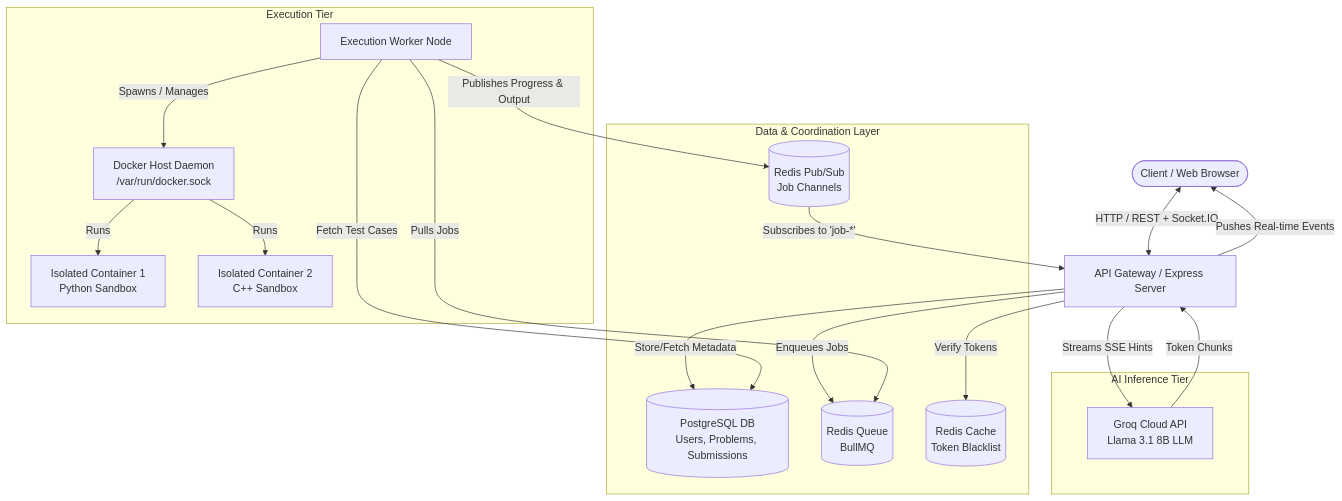
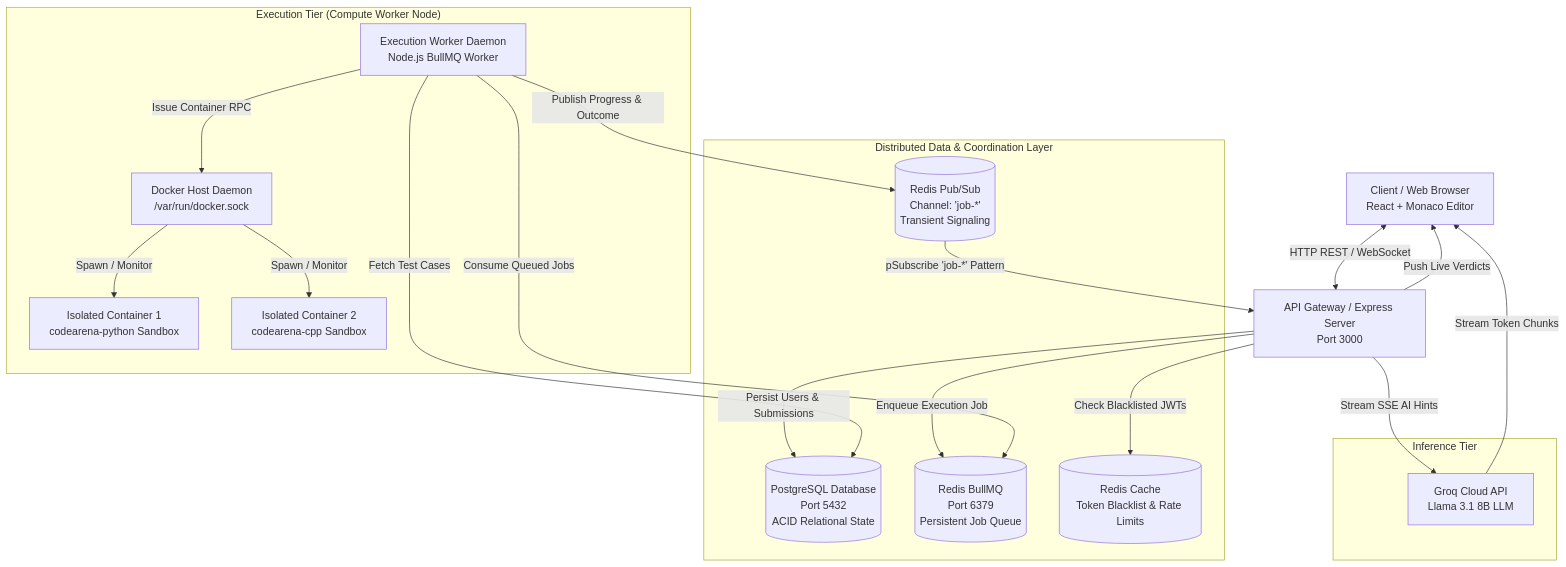
One commit to tanishqtajne25/CodeArena changed the diagram in CODEARENA_DISTRIBUTED_SYSTEMS_GUIDE.md. Above: the diagram before and after it, drawn with Mermaid. The commit also changed other lines of this file, not shown here.

````diff
--- a/CODEARENA_DISTRIBUTED_SYSTEMS_GUIDE.md
+++ b/CODEARENA_DISTRIBUTED_SYSTEMS_GUIDE.md
@@ -36,36 +51,36 @@
 ```mermaid
 graph TD
-    User([Client / Web Browser]) <-->|HTTP / REST + Socket.IO| Gateway[API Gateway / Express Server]
+    Client[Client / Web Browser<br/>React + Monaco Editor] <-->|HTTP REST / WebSocket| Gateway[API Gateway / Express Server<br/>Port 3000]
     
-    subgraph "Data & Coordination Layer"
-        PG[(PostgreSQL DB<br/>Users, Problems, Submissions)]
-        RedisQ[(Redis Queue<br/>BullMQ)]
-        RedisPubSub[(Redis Pub/Sub<br/>Job Channels)]
-        RedisCache[(Redis Cache<br/>Token Blacklist)]
+    subgraph "Distributed Data & Coordination Layer"
+        PG[(PostgreSQL Database<br/>Port 5432<br/>ACID Relational State)]
+        RedisQ[(Redis BullMQ<br/>Port 6379<br/>Persistent Job Queue)]
+        RedisPubSub[(Redis Pub/Sub<br/>Channel: 'job-*'<br/>Transient Signaling)]
+        RedisCache[(Redis Cache<br/>Token Blacklist & Rate Limits)]
     end
 
-    subgraph "Execution Tier"
-        Worker[Execution Worker Node]
+    subgraph "Execution Tier (Compute Worker Node)"
+        Worker[Execution Worker Daemon<br/>Node.js BullMQ Worker]
         DockerEngine[Docker Host Daemon<br/>/var/run/docker.sock]
-        Container1[Isolated Container 1<br/>Python Sandbox]
-        Container2[Isolated Container 2<br/>C++ Sandbox]
+        Container1[Isolated Container 1<br/>codearena-python Sandbox]
+        Container2[Isolated Container 2<br/>codearena-cpp Sandbox]
     end
 
-    subgraph "AI Inference Tier"
+    subgraph "Inference Tier"
         GroqAPI[Groq Cloud API<br/>Llama 3.1 8B LLM]
     end
 
-    Gateway -->|Store/Fetch Metadata| PG
-    Gateway -->|Enqueues Jobs| RedisQ
-    Gateway -->|Verify Tokens| RedisCache
-    Worker -->|Pulls Jobs| RedisQ
+    Gateway -->|Persist Users & Submissions| PG
+    Gateway -->|Enqueue Execution Job| RedisQ
+    Gateway -->|Check Blacklisted JWTs| RedisCache
     Worker -->|Fetch Test Cases| PG
-    Worker -->|Spawns / Manages| DockerEngine
-    DockerEngine -->|Runs| Container1
-    DockerEngine -->|Runs| Container2
-    Worker -->|Publishes Progress & Output| RedisPubSub
-    RedisPubSub -->|Subscribes to 'job-*'| Gateway
-    Gateway -->|Pushes Real-time Events| User
-    Gateway -->|Streams SSE Hints| GroqAPI
-    GroqAPI -->|Token Chunks| Gateway
+    Worker -->|Consume Queued Jobs| RedisQ
+    Worker -->|Issue Container RPC| DockerEngine
+    DockerEngine -->|Spawn / Monitor| Container1
+    DockerEngine -->|Spawn / Monitor| Container2
+    Worker -->|Publish Progress & Outcome| RedisPubSub
+    RedisPubSub -->|pSubscribe 'job-*' Pattern| Gateway
+    Gateway -->|Push Live Verdicts| Client
+    Gateway -->|Stream SSE AI Hints| GroqAPI
+    GroqAPI -->|Stream Token Chunks| Client
 ```
````
